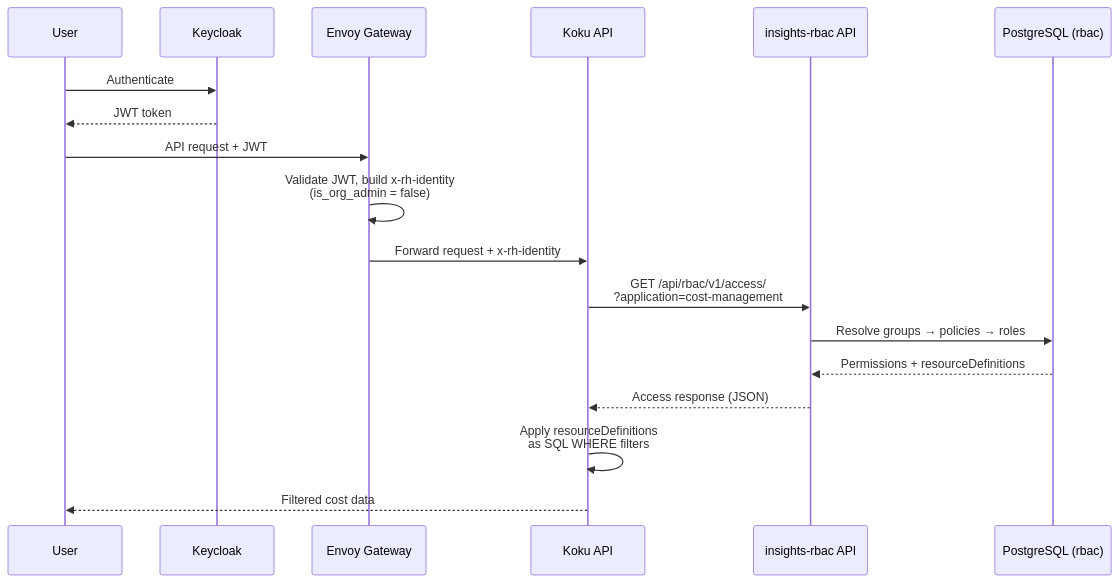
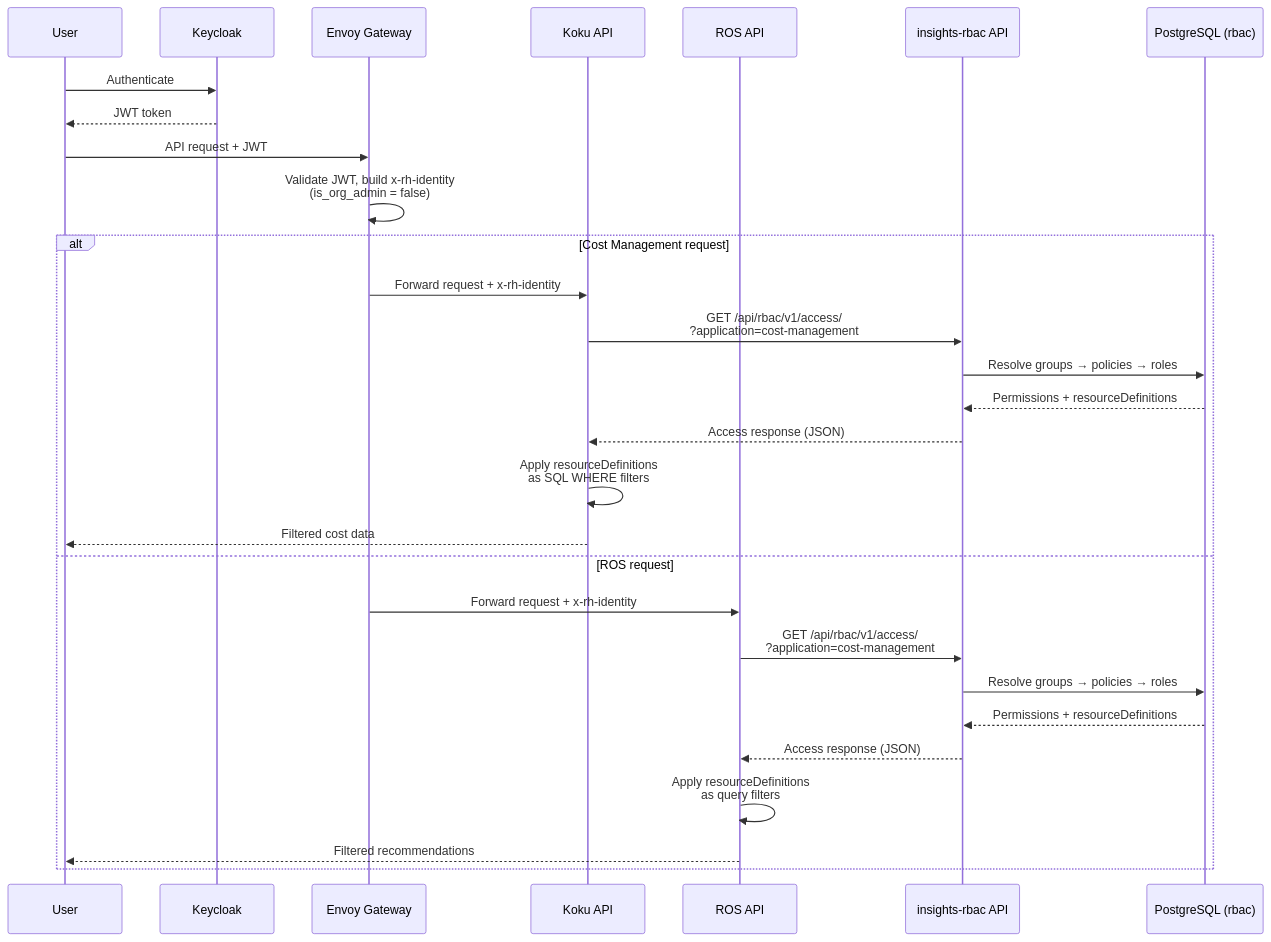
One commit to insights-onprem/cost-onprem-chart changed the first of 7 diagrams in docs/operations/rbac-setup.md. Above: the diagram before and after it, drawn with Mermaid. The commit also changed other lines of this file and 2 other files, not shown here.

Commit message:
docs: document ROS RBAC integration and init container
- rbac-setup.md: expand architecture diagram to show both Koku and
  ROS calling insights-rbac; add "Services Protected by RBAC" table
- configuration.md: add ROS RBAC integration variables section;
  remove stale rbacEnable: false from example
- installation.md: add ROS-specific RBAC verification steps
  (init containers, env vars)

Made-with: Cursor

````diff
--- a/docs/operations/rbac-setup.md
+++ b/docs/operations/rbac-setup.md
@@ -34,21 +35,32 @@
 ```mermaid
 sequenceDiagram
     participant U as User
     participant KC as Keycloak
     participant GW as Envoy Gateway
     participant K as Koku API
+    participant ROS as ROS API
     participant R as insights-rbac API
     participant DB as PostgreSQL (rbac)
 
     U->>KC: Authenticate
     KC-->>U: JWT token
     U->>GW: API request + JWT
     GW->>GW: Validate JWT, build x-rh-identity<br/>(is_org_admin = false)
-    GW->>K: Forward request + x-rh-identity
-    K->>R: GET /api/rbac/v1/access/<br/>?application=cost-management
-    R->>DB: Resolve groups → policies → roles
-    DB-->>R: Permissions + resourceDefinitions
-    R-->>K: Access response (JSON)
-    K->>K: Apply resourceDefinitions<br/>as SQL WHERE filters
-    K-->>U: Filtered cost data
+    alt Cost Management request
+        GW->>K: Forward request + x-rh-identity
+        K->>R: GET /api/rbac/v1/access/<br/>?application=cost-management
+        R->>DB: Resolve groups → policies → roles
+        DB-->>R: Permissions + resourceDefinitions
+        R-->>K: Access response (JSON)
+        K->>K: Apply resourceDefinitions<br/>as SQL WHERE filters
+        K-->>U: Filtered cost data
+    else ROS request
+        GW->>ROS: Forward request + x-rh-identity
+        ROS->>R: GET /api/rbac/v1/access/<br/>?application=cost-management
+        R->>DB: Resolve groups → policies → roles
+        DB-->>R: Permissions + resourceDefinitions
+        R-->>ROS: Access response (JSON)
+        ROS->>ROS: Apply resourceDefinitions<br/>as query filters
+        ROS-->>U: Filtered recommendations
+    end
 ```
````
